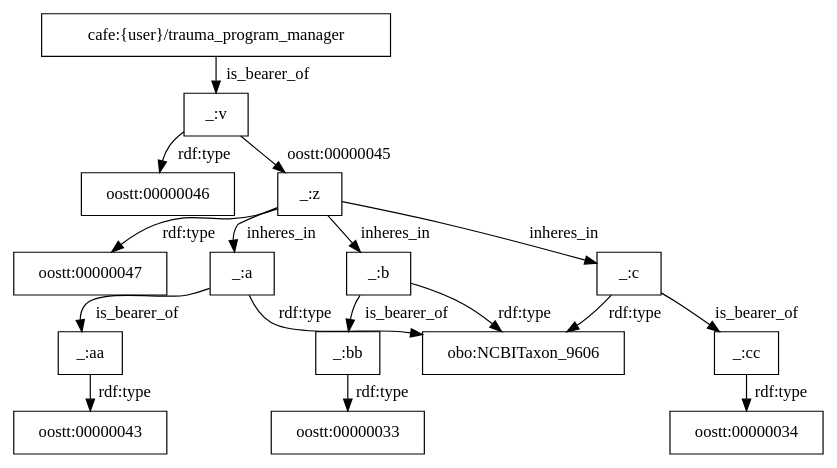
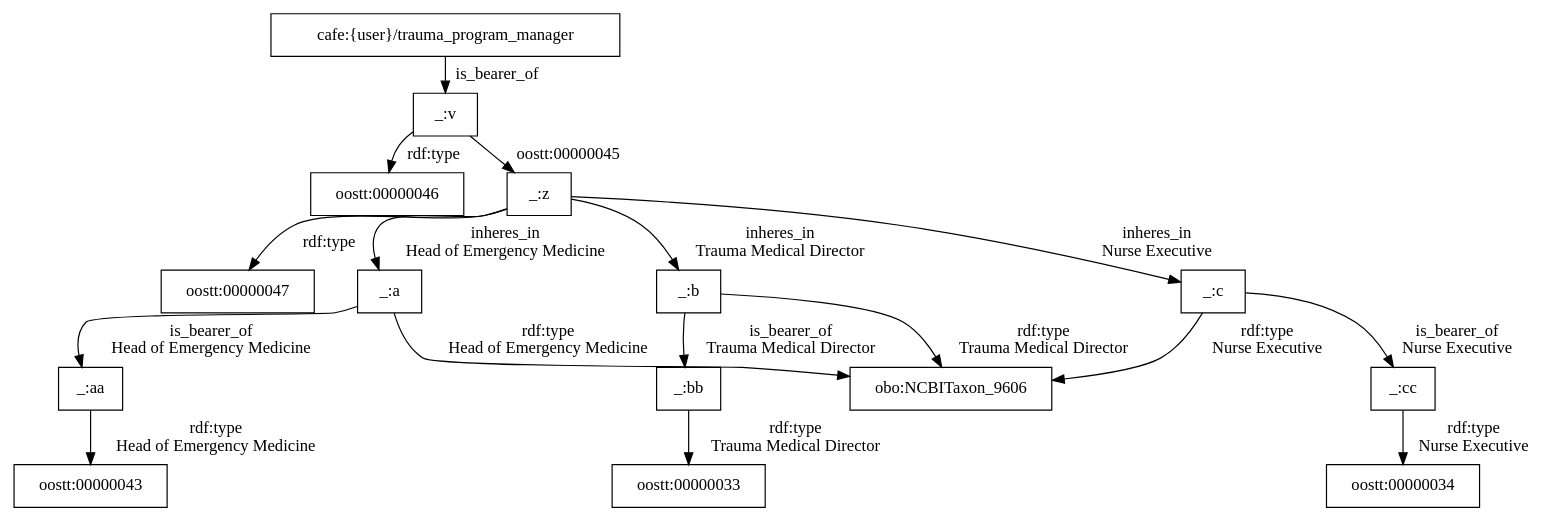
One commit to utecht/dideo-server changed the diagram in cafe/graphs/31.dot. Above: the diagram before and after it, drawn with Graphviz. The commit also changed 6 other files, not shown here.

```diff
--- a/cafe/graphs/31.dot
+++ b/cafe/graphs/31.dot
@@ -1,19 +1,31 @@
 digraph g { node [shape=rectangle];
 graph [splines=true, nodesep=.5, ranksep=0, overlap=false];
 "cafe:{user}/trauma_program_manager" -> "_:v" [label="is_bearer_of"]
 "_:v" -> "oostt:00000046" [label="rdf:type"]
 "_:v" -> "_:z" [label="oostt:00000045"]
 "_:z" -> "oostt:00000047" [label="rdf:type"]
-"_:a" -> "_:aa" [label="is_bearer_of"]
-"_:a" -> "obo:NCBITaxon_9606" [label="rdf:type"]
-"_:aa" -> "oostt:00000043" [label="rdf:type"]
-"_:bb" -> "oostt:00000033" [label="rdf:type"]
-"_:cc" -> "oostt:00000034" [label="rdf:type"]
-"_:b" -> "_:bb" [label="is_bearer_of"]
-"_:c" -> "_:cc" [label="is_bearer_of"]
-"_:b" -> "obo:NCBITaxon_9606" [label="rdf:type"]
-"_:c" -> "obo:NCBITaxon_9606" [label="rdf:type"]
-"_:z" -> "_:b" [label="inheres_in"]
-"_:z" -> "_:c" [label="inheres_in"]
-"_:z" -> "_:a" [label="inheres_in"]
+"_:a" -> "_:aa" [label="is_bearer_of
+Head of Emergency Medicine"]
+"_:a" -> "obo:NCBITaxon_9606" [label="rdf:type
+Head of Emergency Medicine"]
+"_:aa" -> "oostt:00000043" [label="rdf:type
+Head of Emergency Medicine"]
+"_:bb" -> "oostt:00000033" [label="rdf:type
+Trauma Medical Director"]
+"_:cc" -> "oostt:00000034" [label="rdf:type
+Nurse Executive"]
+"_:b" -> "_:bb" [label="is_bearer_of
+Trauma Medical Director"]
+"_:c" -> "_:cc" [label="is_bearer_of
+Nurse Executive"]
+"_:b" -> "obo:NCBITaxon_9606" [label="rdf:type
+Trauma Medical Director"]
+"_:c" -> "obo:NCBITaxon_9606" [label="rdf:type
+Nurse Executive"]
+"_:z" -> "_:b" [label="inheres_in
+Trauma Medical Director"]
+"_:z" -> "_:c" [label="inheres_in
+Nurse Executive"]
+"_:z" -> "_:a" [label="inheres_in
+Head of Emergency Medicine"]
 }
```
